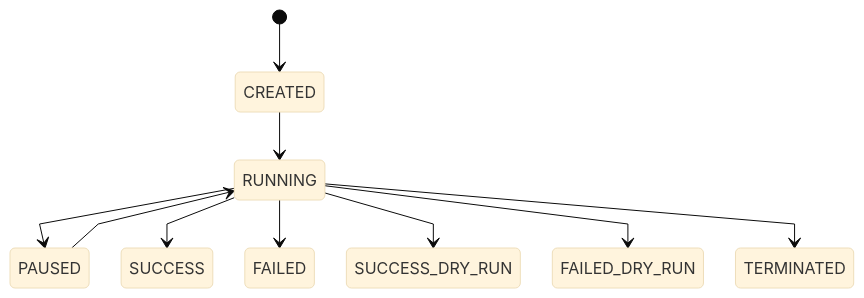
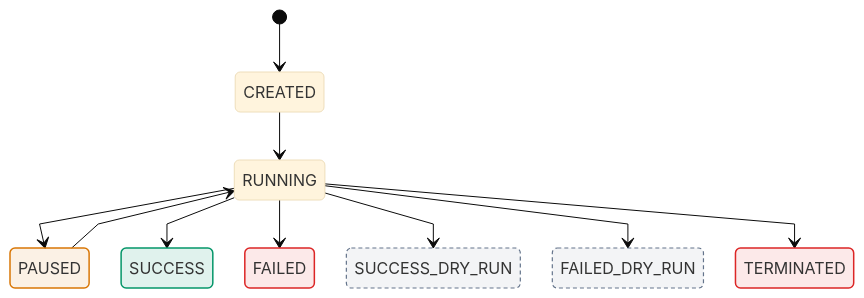
Before and after one commit to pinpols/file-batch-system: the third of 6 diagrams in docs/architecture/core-model.md, drawn with Mermaid (base theme). The commit also changed other lines of this file and 9 other files, not shown here.

First line of the commit message:
docs(architecture): unify styling of the navigation architecture diagrams (#1365)

````diff
--- a/docs/architecture/core-model.md
+++ b/docs/architecture/core-model.md
@@ -295,13 +318,22 @@
 ```mermaid
 %%{init: {"flowchart":{"curve":"linear","nodeSpacing":32,"rankSpacing":48},"sequence":{"mirrorActors":false}}}%%
 stateDiagram-v2
+
   [*] --> CREATED
   CREATED --> RUNNING
   RUNNING --> PAUSED
   PAUSED --> RUNNING
   RUNNING --> SUCCESS
   RUNNING --> FAILED
   RUNNING --> SUCCESS_DRY_RUN
   RUNNING --> FAILED_DRY_RUN
   RUNNING --> TERMINATED
+  class SUCCESS ok
+  class FAILED,TERMINATED fail
+  class PAUSED wait
+  class SUCCESS_DRY_RUN,FAILED_DRY_RUN muted
+  classDef ok fill:#0596691f,stroke:#059669,stroke-width:1.5px
+  classDef fail fill:#dc26261a,stroke:#dc2626,stroke-width:1.5px
+  classDef wait fill:#d977061a,stroke:#d97706,stroke-width:1.5px
+  classDef muted fill:#64748b14,stroke:#64748b,stroke-width:1.2px,stroke-dasharray:4 3
 ```
````
